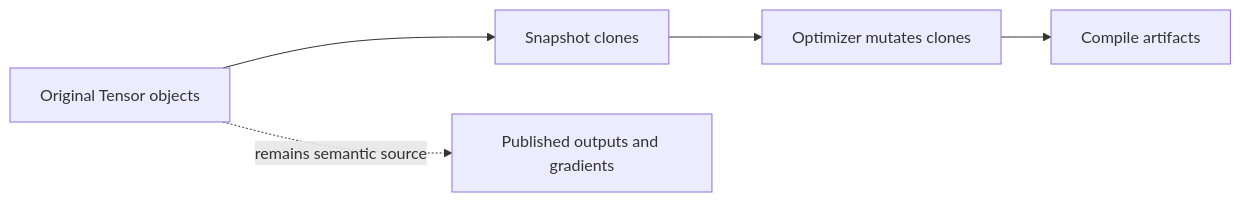
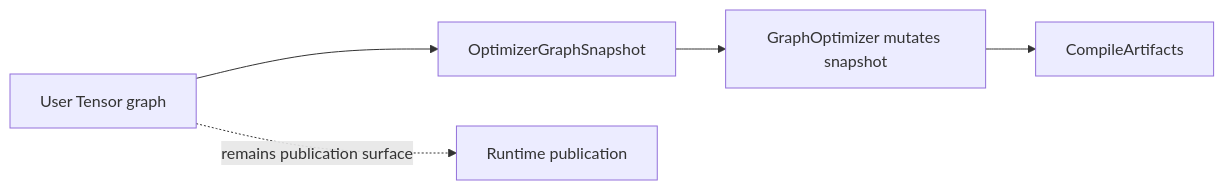
The diagram in docs/graph-optimizer.md (pho001/Synaptik), drawn with Mermaid before and after one commit. The commit also changed other lines of this file and 34 other files, not shown here.

Commit message:
docs: align architecture with compile planning model

````diff
--- a/docs/graph-optimizer.md
+++ b/docs/graph-optimizer.md
@@ -170,7 +247,7 @@
 ```mermaid
 flowchart LR
-    U[Original Tensor objects] --> S[Snapshot clones]
-    S --> O[Optimizer mutates clones]
-    O --> A[Compile artifacts]
-    U -. remains semantic source .-> P[Published outputs and gradients]
+    U[User Tensor graph] --> S[OptimizerGraphSnapshot]
+    S --> O[GraphOptimizer mutates snapshot]
+    O --> A[CompileArtifacts]
+    U -. remains publication surface .-> P[Runtime publication]
 ```
````
